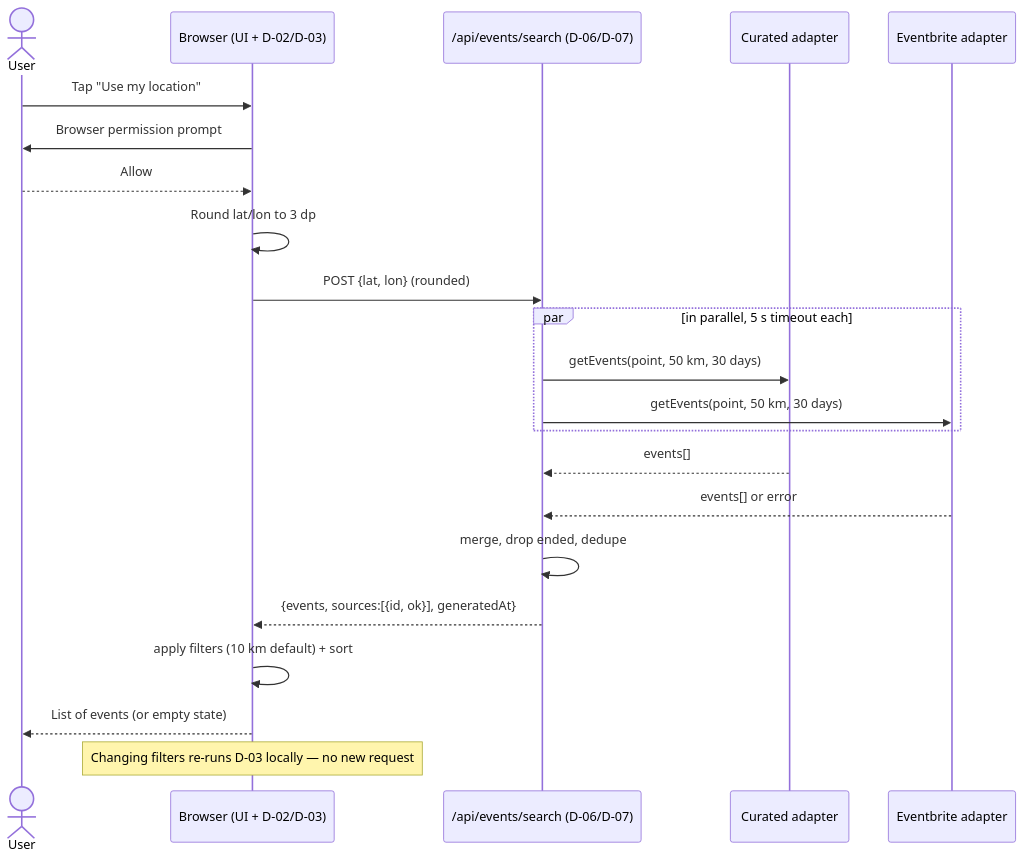
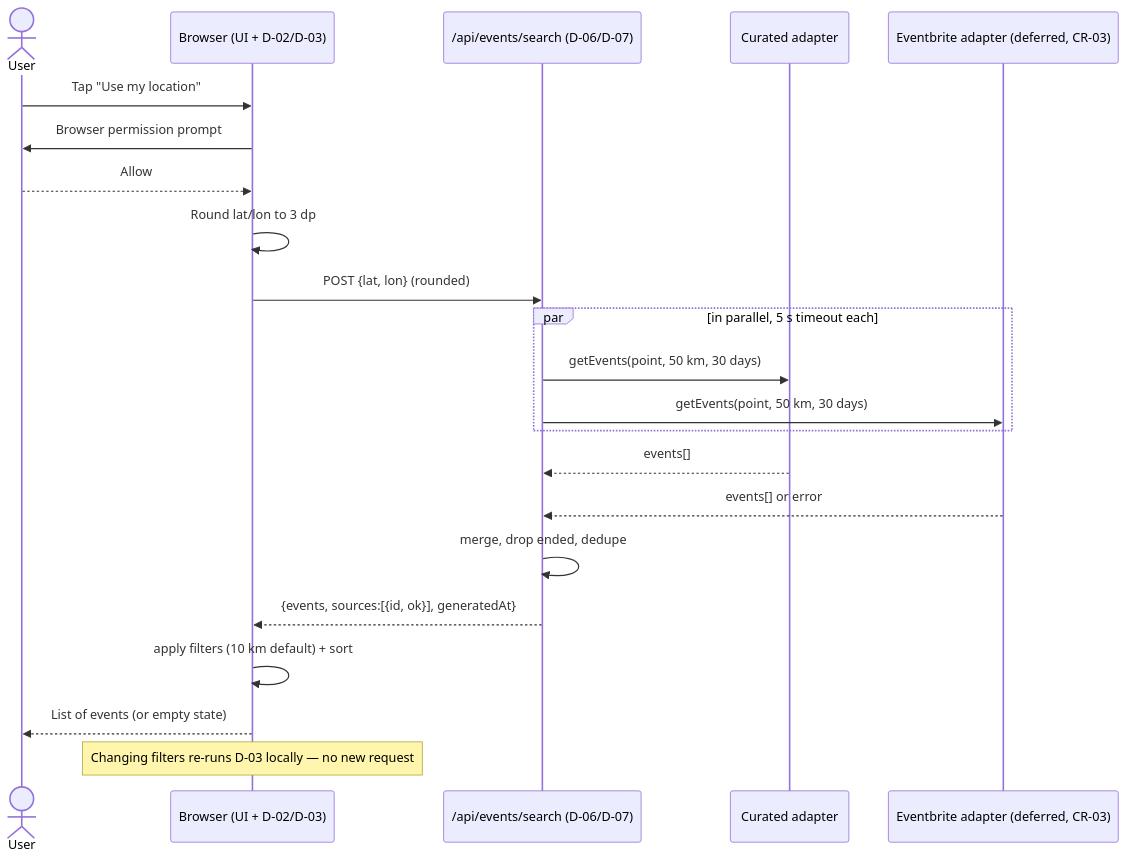
The third of 3 diagrams in docs/03-design/architecture.md (hiiew/events-near-me), drawn with Mermaid before and after one commit. The commit also changed other lines of this file and 14 other files, not shown here.

````diff
--- a/docs/03-design/architecture.md
+++ b/docs/03-design/architecture.md
@@ -105,25 +108,25 @@
 ```mermaid
 sequenceDiagram
     actor U as User
     participant B as Browser (UI + D-02/D-03)
     participant S as /api/events/search (D-06/D-07)
     participant C as Curated adapter
-    participant E as Eventbrite adapter
+    participant E as Eventbrite adapter (deferred, CR-03)
 
     U->>B: Tap "Use my location"
     B->>U: Browser permission prompt
     U-->>B: Allow
     B->>B: Round lat/lon to 3 dp
     B->>S: POST {lat, lon} (rounded)
     par in parallel, 5 s timeout each
         S->>C: getEvents(point, 50 km, 30 days)
         S->>E: getEvents(point, 50 km, 30 days)
     end
     C-->>S: events[]
     E-->>S: events[] or error
     S->>S: merge, drop ended, dedupe
     S-->>B: {events, sources:[{id, ok}], generatedAt}
     B->>B: apply filters (10 km default) + sort
     B-->>U: List of events (or empty state)
     Note over B: Changing filters re-runs D-03 locally — no new request
 ```
````
